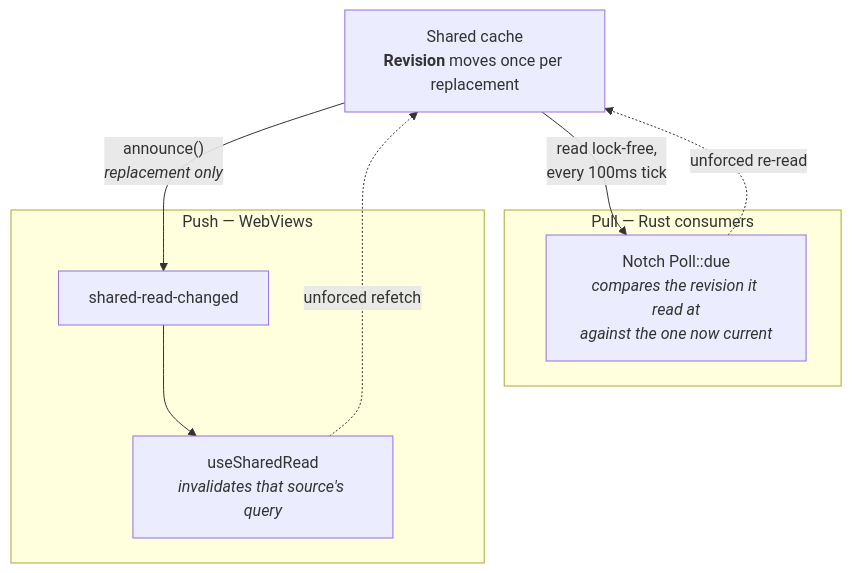
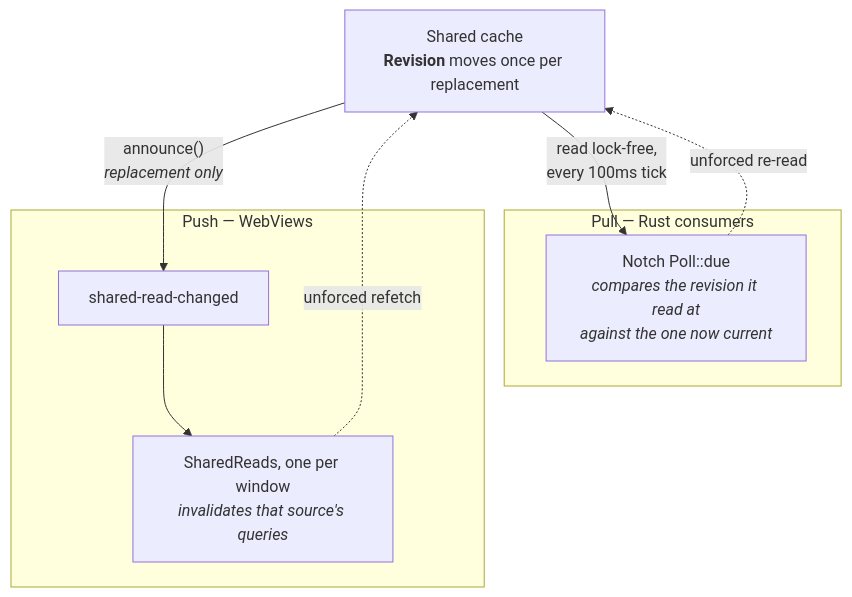
Before and after one commit to giostriquer/on-n-off: the first of 2 diagrams in docs/architecture/shared-reads.md, drawn with Mermaid. The commit also changed other lines of this file and 43 other files, not shown here.

First line of the commit message:
refactor: each shared-read source owns its keys and its one forced read, and each window listens for announcements once (#84)

````diff
--- a/docs/architecture/shared-reads.md
+++ b/docs/architecture/shared-reads.md
@@ -47,18 +47,18 @@
 ```mermaid
 flowchart TB
     cache["Shared cache<br/><b>Revision</b> moves once per replacement"]
 
     subgraph pull["Pull — Rust consumers"]
         notch["Notch Poll::due<br/><i>compares the revision it read at<br/>against the one now current</i>"]
     end
 
     subgraph push["Push — WebViews"]
         ev["shared-read-changed"]
-        hook["useSharedRead<br/><i>invalidates that source's query</i>"]
+        hook["SharedReads, one per window<br/><i>invalidates that source's queries</i>"]
     end
 
     cache -->|"read lock-free,<br/>every 100ms tick"| notch
     cache -->|"announce()<br/><i>replacement only</i>"| ev --> hook
     notch -.->|"unforced re-read"| cache
     hook -.->|"unforced refetch"| cache
 ```
````
